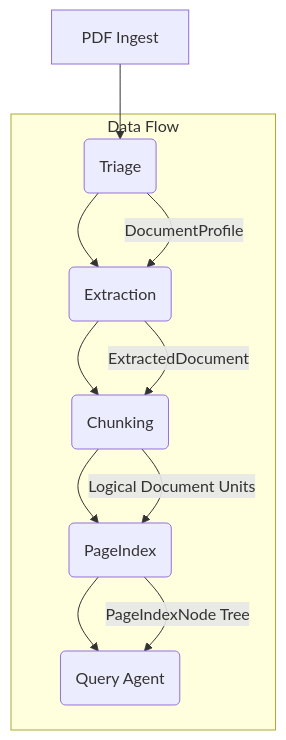
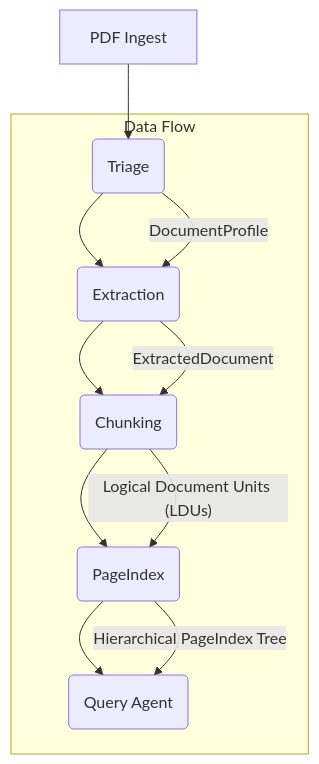
The first of 3 diagrams in final_project_report.md (richh-s/document_intelligence_refinery), drawn with Mermaid before and after one commit. The commit also changed other lines of this file and 13 other files, not shown here.

````diff
--- a/final_project_report.md
+++ b/final_project_report.md
@@ -26,15 +26,15 @@
 ```mermaid
 graph TD
     A[PDF Ingest] --> T(Triage)
     T --> E(Extraction)
     E --> C(Chunking)
     C --> P(PageIndex)
     P --> Q(Query Agent)
     
     subgraph "Data Flow"
         T -- DocumentProfile --> E
         E -- ExtractedDocument --> C
-        C -- Logical Document Units --> P
-        P -- PageIndexNode Tree --> Q
+        C -- Logical Document Units (LDUs) --> P
+        P -- Hierarchical PageIndex Tree --> Q
     end
 ```
````
